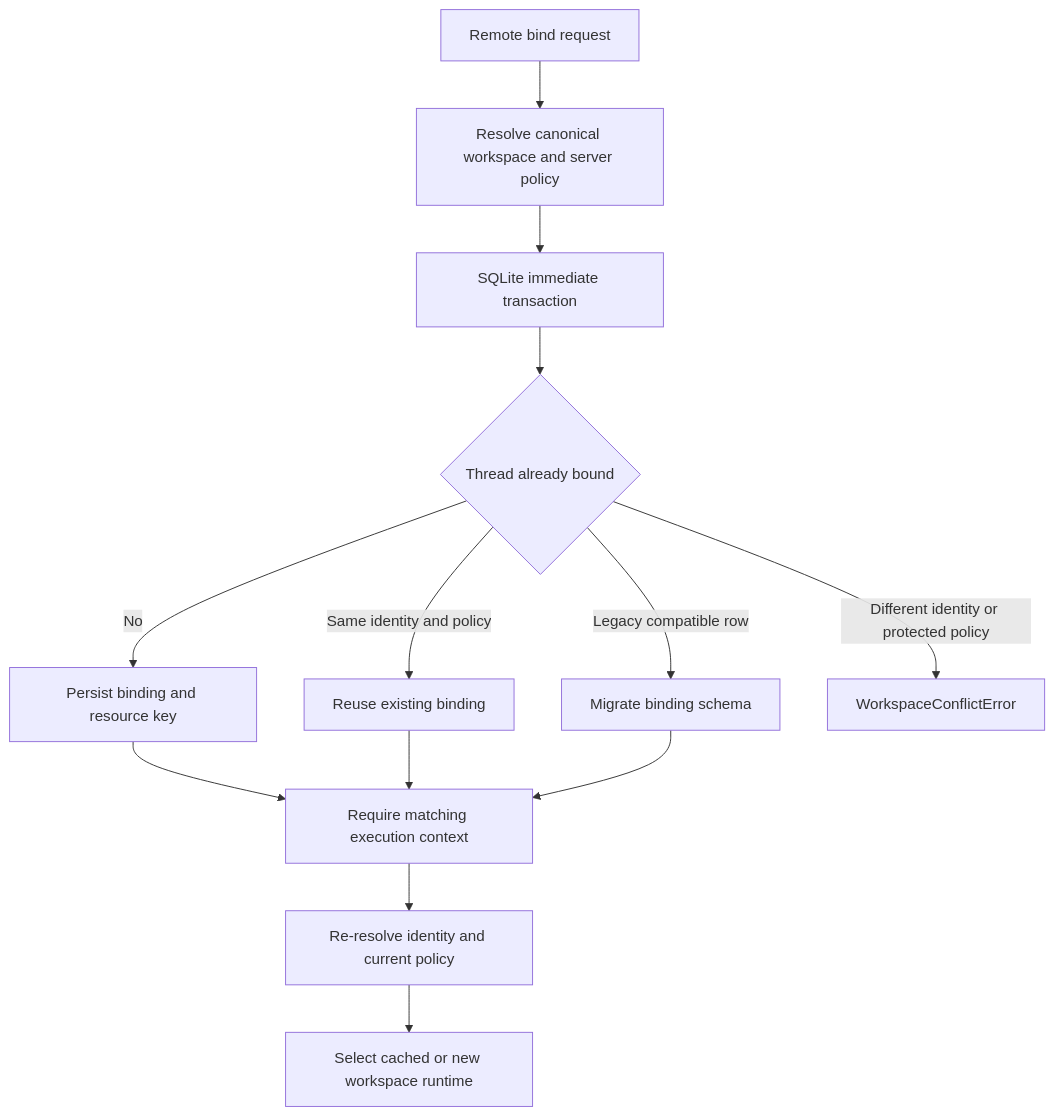
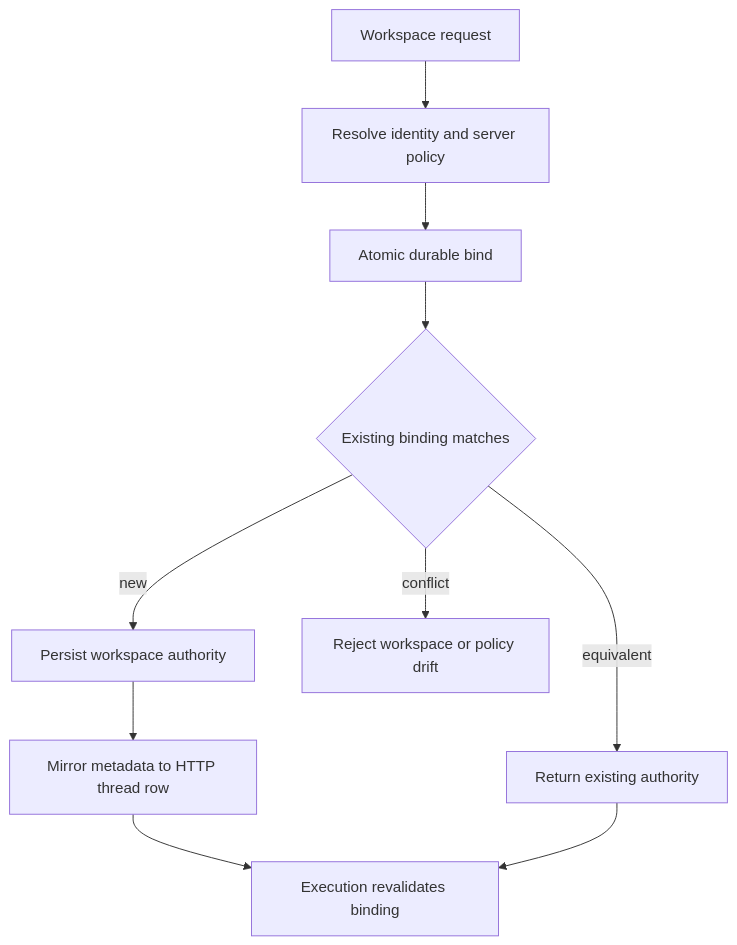
Before and after one commit to langchain-ai/deepagents: the second of 2 diagrams in openwiki/concepts/state-persistence.md, drawn with Mermaid. The commit also changed other lines of this file and 63 other files, not shown here.

````diff
--- a/openwiki/concepts/state-persistence.md
+++ b/openwiki/concepts/state-persistence.md
@@ -86,15 +117,12 @@
 ```mermaid
 flowchart TD
-    Request["Remote bind request"] --> Resolve["Resolve canonical workspace and server policy"]
-    Resolve --> Bind["SQLite immediate transaction"]
-    Bind --> Existing{"Thread already bound"}
-    Existing -->|"No"| Persist["Persist binding and resource key"]
-    Existing -->|"Same identity and policy"| Reuse["Reuse existing binding"]
-    Existing -->|"Legacy compatible row"| Upgrade["Migrate binding schema"]
-    Existing -->|"Different identity or protected policy"| Reject["WorkspaceConflictError"]
-    Persist --> Execute["Require matching execution context"]
+    Request["Workspace request"] --> Resolve["Resolve identity and server policy"]
+    Resolve --> Bind["Atomic durable bind"]
+    Bind --> Match{"Existing binding matches"}
+    Match -->|"new"| Persist["Persist workspace authority"]
+    Match -->|"equivalent"| Reuse["Return existing authority"]
+    Match -->|"conflict"| Reject["Reject workspace or policy drift"]
+    Persist --> Mirror["Mirror metadata to HTTP thread row"]
+    Mirror --> Execute["Execution revalidates binding"]
     Reuse --> Execute
-    Upgrade --> Execute
-    Execute --> ReResolve["Re-resolve identity and current policy"]
-    ReResolve --> Runtime["Select cached or new workspace runtime"]
 ```
````
